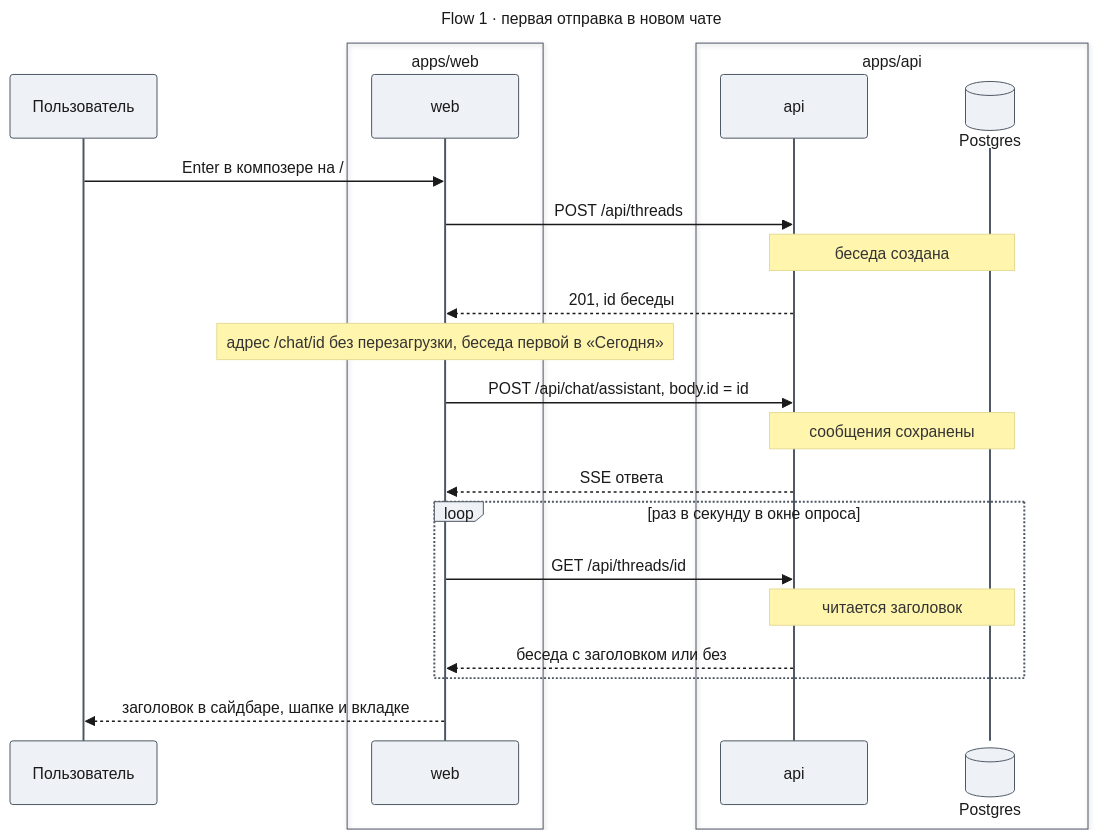
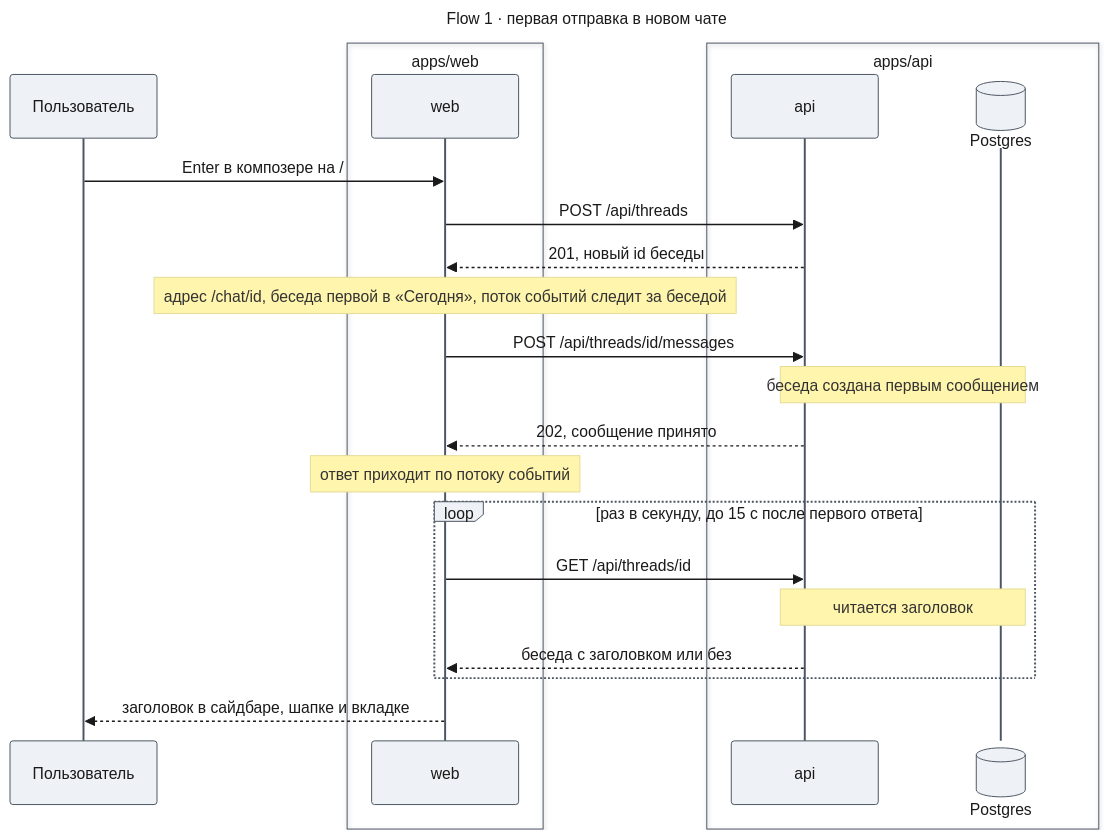
Before and after one commit to tundraray/agent-os: the fifth of 8 diagrams in docs/features/chat-shell/design-web-shell.md, drawn with Mermaid. The commit also changed other lines of this file and 1225 other files, not shown here.

````diff
--- a/docs/features/chat-shell/design-web-shell.md
+++ b/docs/features/chat-shell/design-web-shell.md
@@ -803,47 +488,47 @@
 ```mermaid
 ---
 title: "Flow 1 · первая отправка в новом чате"
 config:
   theme: base
   look: classic
   themeVariables:
     primaryColor: "#eef1f5"
     primaryBorderColor: "#4b5563"
     primaryTextColor: "#1a1a1a"
     lineColor: "#6b7280"
   themeCSS: |
     @keyframes lit_f1{0%,11.25%{stroke:#991b1b;stroke-width:6px}12.5%,100%{stroke:#37474f;stroke-width:2px}}
     @keyframes litr_f1{0%,11.25%{stroke:#1d4ed8;stroke-width:6px}12.5%,100%{stroke:#37474f;stroke-width:2px}}
     .messageLine0[data-id='i0'],.messageLine1[data-id='i0']{animation:lit_f1 9.6s linear 0.0s infinite}
     .messageLine0[data-id='i1'],.messageLine1[data-id='i1']{animation:lit_f1 9.6s linear 1.2s infinite}
-    .messageLine0[data-id='i3'],.messageLine1[data-id='i3']{animation:lit_f1 9.6s linear 2.4s infinite}
-    .messageLine0[data-id='i5'],.messageLine1[data-id='i5']{animation:lit_f1 9.6s linear 3.6s infinite}
-    .messageLine0[data-id='i7'],.messageLine1[data-id='i7']{animation:lit_f1 9.6s linear 4.8s infinite}
+    .messageLine0[data-id='i2'],.messageLine1[data-id='i2']{animation:lit_f1 9.6s linear 2.4s infinite}
+    .messageLine0[data-id='i4'],.messageLine1[data-id='i4']{animation:lit_f1 9.6s linear 3.6s infinite}
+    .messageLine0[data-id='i6'],.messageLine1[data-id='i6']{animation:lit_f1 9.6s linear 4.8s infinite}
     .messageLine0[data-id='i9'],.messageLine1[data-id='i9']{animation:litr_f1 9.6s linear 6.0s infinite}
     .messageLine0[data-id='i11'],.messageLine1[data-id='i11']{animation:litr_f1 9.6s linear 7.2s infinite}
     .messageLine0[data-id='i13'],.messageLine1[data-id='i13']{animation:litr_f1 9.6s linear 8.4s infinite}
 ---
 sequenceDiagram
     participant U as Пользователь
     box apps/web
         participant W as web
     end
     box apps/api
         participant A as api
         participant D@{ "type": "database" } as Postgres
     end
     U->>W: Enter в композере на /
     W->>A: POST /api/threads
-    Note over A,D: беседа создана
-    A-->>W: 201, id беседы
-    Note over W: адрес /chat/id без перезагрузки, беседа первой в «Сегодня»
-    W->>A: POST /api/chat/assistant, body.id = id
-    Note over A,D: сообщения сохранены
-    A-->>W: SSE ответа
-    loop раз в секунду в окне опроса
+    A-->>W: 201, новый id беседы
+    Note over W: адрес /chat/id, беседа первой в «Сегодня», поток событий следит за беседой
+    W->>A: POST /api/threads/id/messages
+    Note over A,D: беседа создана первым сообщением
+    A-->>W: 202, сообщение принято
+    Note over W: ответ приходит по потоку событий
+    loop раз в секунду, до 15 с после первого ответа
         W->>A: GET /api/threads/id
         Note over A,D: читается заголовок
         A-->>W: беседа с заголовком или без
     end
     W-->>U: заголовок в сайдбаре, шапке и вкладке
 ```
````
